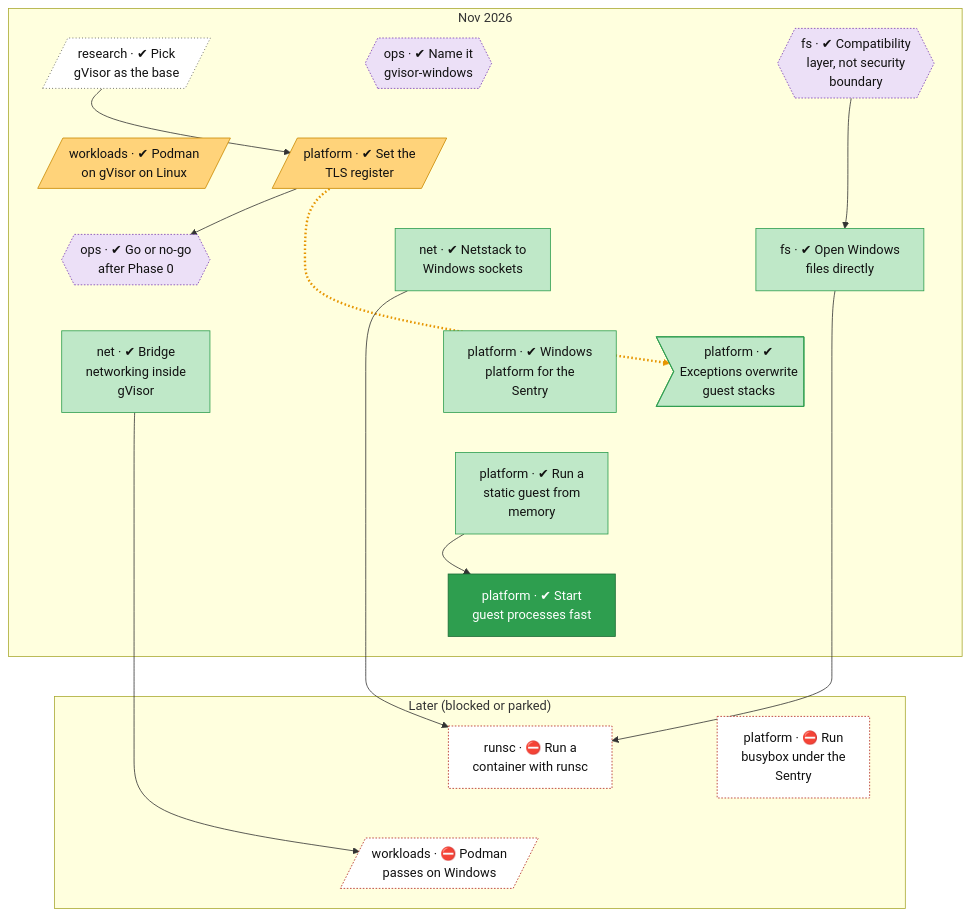
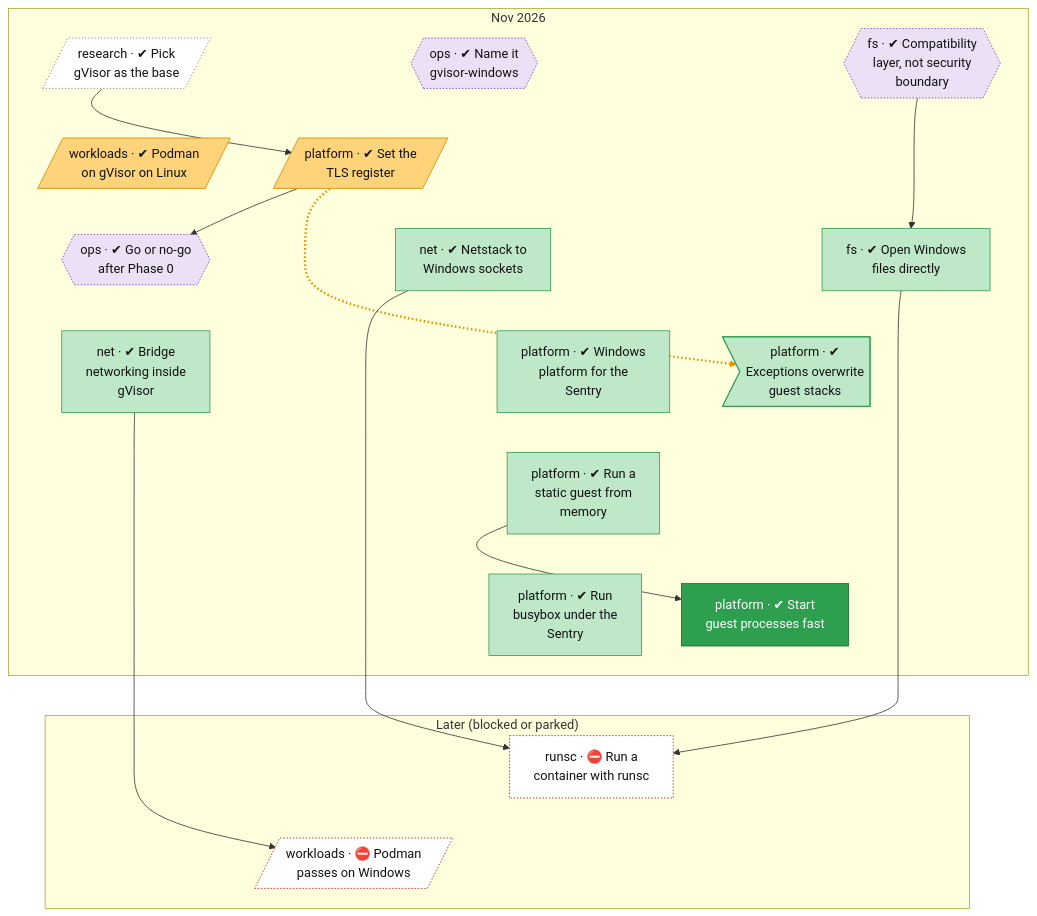
The second of 2 diagrams in docs/roadmap.md (lhns/gvisor-windows), drawn with Mermaid before and after one commit. The commit also changed other lines of this file and 4 other files, not shown here.

Commit message:
Rate the busybox milestone; the Podman probe waits on erofs roots

````diff
--- a/docs/roadmap.md
+++ b/docs/roadmap.md
@@ -100,69 +100,69 @@
 ```mermaid
 flowchart TB
     subgraph bd_0["Nov 2026"]
         research_gvisor_base[/"research · ✔ Pick<br/>gVisor as the base"/]
         ops_name_and_fork{{"ops · ✔ Name it<br/>gvisor-windows"}}
         fs_compat_layer_not_boundary{{"fs · ✔ Compatibility<br/>layer, not security<br/>boundary"}}
         workloads_podman_on_gvisor_linux[/"workloads · ✔ Podman<br/>on gVisor on Linux"/]
         platform_tls_register[/"platform · ✔ Set the<br/>TLS register"/]
         ops_phase0_go_no_go{{"ops · ✔ Go or no-go<br/>after Phase 0"}}
         fs_windows_directfs["fs · ✔ Open Windows<br/>files directly"]
         net_netstack_windows_link["net · ✔ Netstack to<br/>Windows sockets"]
         net_bridge_networking["net · ✔ Bridge<br/>networking inside<br/>gVisor"]
         platform_veh_on_guest_stack_unsafe>"platform · ✔<br/>Exceptions overwrite<br/>guest stacks"]
         platform_winstub["platform · ✔ Windows<br/>platform for the<br/>Sentry"]
         platform_static_guest_from_memory["platform · ✔ Run a<br/>static guest from<br/>memory"]
         platform_fast_process_start["platform · ✔ Start<br/>guest processes fast"]
+        platform_busybox_on_windows["platform · ✔ Run<br/>busybox under the<br/>Sentry"]
     end
     subgraph bd_1["Later (blocked or parked)"]
-        platform_busybox_on_windows["platform · ⛔ Run<br/>busybox under the<br/>Sentry"]
         runsc_container_on_windows["runsc · ⛔ Run a<br/>container with runsc"]
         workloads_podman_on_windows[/"workloads · ⛔ Podman<br/>passes on Windows"/]
     end
     research_gvisor_base ~~~ workloads_podman_on_gvisor_linux
     ops_name_and_fork ~~~ platform_tls_register
     fs_compat_layer_not_boundary ~~~ platform_tls_register
     workloads_podman_on_gvisor_linux ~~~ ops_phase0_go_no_go
     platform_tls_register ~~~ fs_windows_directfs
     platform_tls_register ~~~ net_netstack_windows_link
     ops_phase0_go_no_go ~~~ net_bridge_networking
     fs_windows_directfs ~~~ platform_veh_on_guest_stack_unsafe
     net_netstack_windows_link ~~~ platform_winstub
     net_bridge_networking ~~~ platform_static_guest_from_memory
     platform_veh_on_guest_stack_unsafe ~~~ platform_static_guest_from_memory
     platform_winstub ~~~ platform_static_guest_from_memory
     platform_static_guest_from_memory ~~~ platform_fast_process_start
-    platform_fast_process_start ~~~ platform_busybox_on_windows
+    platform_static_guest_from_memory ~~~ platform_busybox_on_windows
     platform_fast_process_start ~~~ runsc_container_on_windows
-    platform_busybox_on_windows ~~~ workloads_podman_on_windows
+    platform_busybox_on_windows ~~~ runsc_container_on_windows
     runsc_container_on_windows ~~~ workloads_podman_on_windows
     research_gvisor_base --> platform_tls_register
     platform_tls_register -.-> platform_veh_on_guest_stack_unsafe
     platform_tls_register --> ops_phase0_go_no_go
     fs_compat_layer_not_boundary --> fs_windows_directfs
     platform_static_guest_from_memory --> platform_fast_process_start
     fs_windows_directfs --> runsc_container_on_windows
     net_netstack_windows_link --> runsc_container_on_windows
     net_bridge_networking --> workloads_podman_on_windows
     linkStyle 18 stroke:#e69500,stroke-width:3px,stroke-dasharray:2 3
     classDef vsucc fill:#2e9e4f,stroke:#1b6b34,color:#fff
     classDef succ fill:#bfe8c8,stroke:#2e9e4f,color:#111
     classDef mixed fill:#ffd37a,stroke:#c98a00,color:#111
     classDef bad fill:#f28b82,stroke:#b3261e,color:#111
     classDef dead fill:#e6e6e6,stroke:#777,stroke-dasharray:5 5,color:#555
     classDef inprog fill:#a8cdf5,stroke:#1f6fc5,color:#111
     classDef next fill:#fff,stroke:#333,color:#111
     classDef blocked fill:#fff,stroke:#b3261e,stroke-dasharray:2 2,color:#111
     classDef parked fill:#f3f3f3,stroke:#999,color:#555
     classDef unrated fill:#fff,stroke:#333,stroke-dasharray:1 3,color:#111
     classDef gate fill:#d9c2f0,stroke:#7b3fb5,color:#111
     classDef decided fill:#ece0f7,stroke:#7b3fb5,stroke-dasharray:2 2,color:#111
     classDef finding fill:#ffe0b2,stroke:#d84315,stroke-width:2px,color:#111
     classDef waiting fill:#e3f2fd,stroke:#1f6fc5,stroke-dasharray:5 5,color:#111
     class research_gvisor_base unrated
     class ops_name_and_fork,fs_compat_layer_not_boundary,ops_phase0_go_no_go decided
     class workloads_podman_on_gvisor_linux,platform_tls_register mixed
-    class workloads_podman_on_windows,runsc_container_on_windows,platform_busybox_on_windows blocked
-    class platform_winstub,fs_windows_directfs,net_netstack_windows_link,platform_static_guest_from_memory,net_bridge_networking,platform_veh_on_guest_stack_unsafe succ
+    class workloads_podman_on_windows,runsc_container_on_windows blocked
+    class platform_winstub,platform_busybox_on_windows,fs_windows_directfs,net_netstack_windows_link,platform_static_guest_from_memory,net_bridge_networking,platform_veh_on_guest_stack_unsafe succ
     class platform_fast_process_start vsucc
 ```
````
